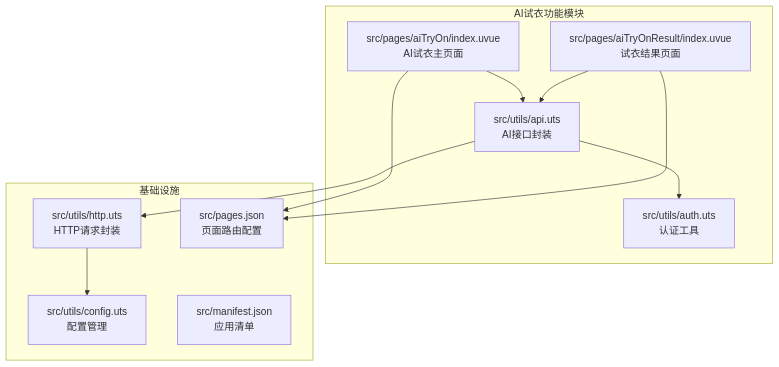
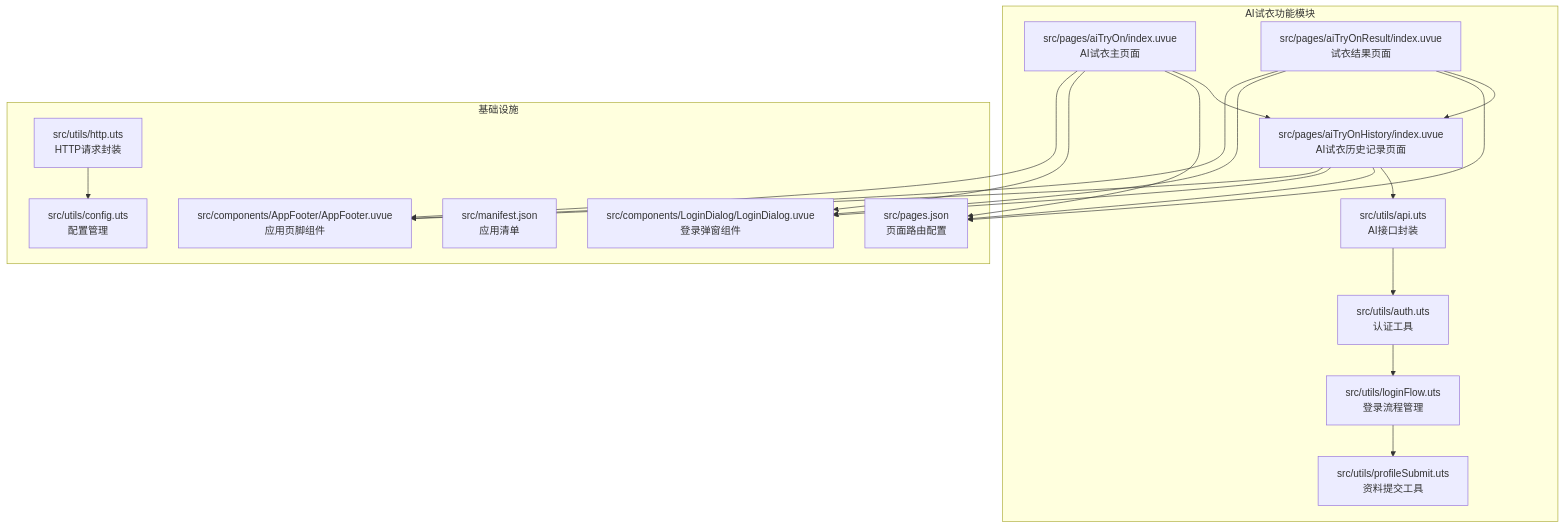
One commit to crazyma99/blueberry changed the first of 18 diagrams in .qoder/repowiki/zh/content/核心功能模块/AI试衣功能.md. Above: the diagram before and after it, drawn with Mermaid. The commit also changed other lines of this file and 7 other files, not shown here.

````diff
--- a/.qoder/repowiki/zh/content/核心功能模块/AI试衣功能.md
+++ b/.qoder/repowiki/zh/content/核心功能模块/AI试衣功能.md
@@ -46,22 +54,36 @@
 ```mermaid
 graph TB
 subgraph "AI试衣功能模块"
 A[src/pages/aiTryOn/index.uvue<br/>AI试衣主页面]
 B[src/pages/aiTryOnResult/index.uvue<br/>试衣结果页面]
-C[src/utils/api.uts<br/>AI接口封装]
-D[src/utils/auth.uts<br/>认证工具]
+C[src/pages/aiTryOnHistory/index.uvue<br/>AI试衣历史记录页面]
+D[src/utils/api.uts<br/>AI接口封装]
+E[src/utils/auth.uts<br/>认证工具]
+F[src/utils/loginFlow.uts<br/>登录流程管理]
+G[src/utils/profileSubmit.uts<br/>资料提交工具]
 end
 subgraph "基础设施"
-E[src/utils/http.uts<br/>HTTP请求封装]
-F[src/utils/config.uts<br/>配置管理]
-G[src/pages.json<br/>页面路由配置]
-H[src/manifest.json<br/>应用清单]
+H[src/utils/http.uts<br/>HTTP请求封装]
+I[src/utils/config.uts<br/>配置管理]
+J[src/pages.json<br/>页面路由配置]
+K[src/manifest.json<br/>应用清单]
+L[src/components/LoginDialog/LoginDialog.uvue<br/>登录弹窗组件]
+M[src/components/AppFooter/AppFooter.uvue<br/>应用页脚组件]
 end
 A --> C
 B --> C
-C --> E
 C --> D
+D --> E
 E --> F
-A --> G
-B --> G
+F --> G
+H --> I
+A --> J
+B --> J
+C --> J
+A --> L
+B --> L
+C --> L
+A --> M
+B --> M
+C --> M
 ```
````
